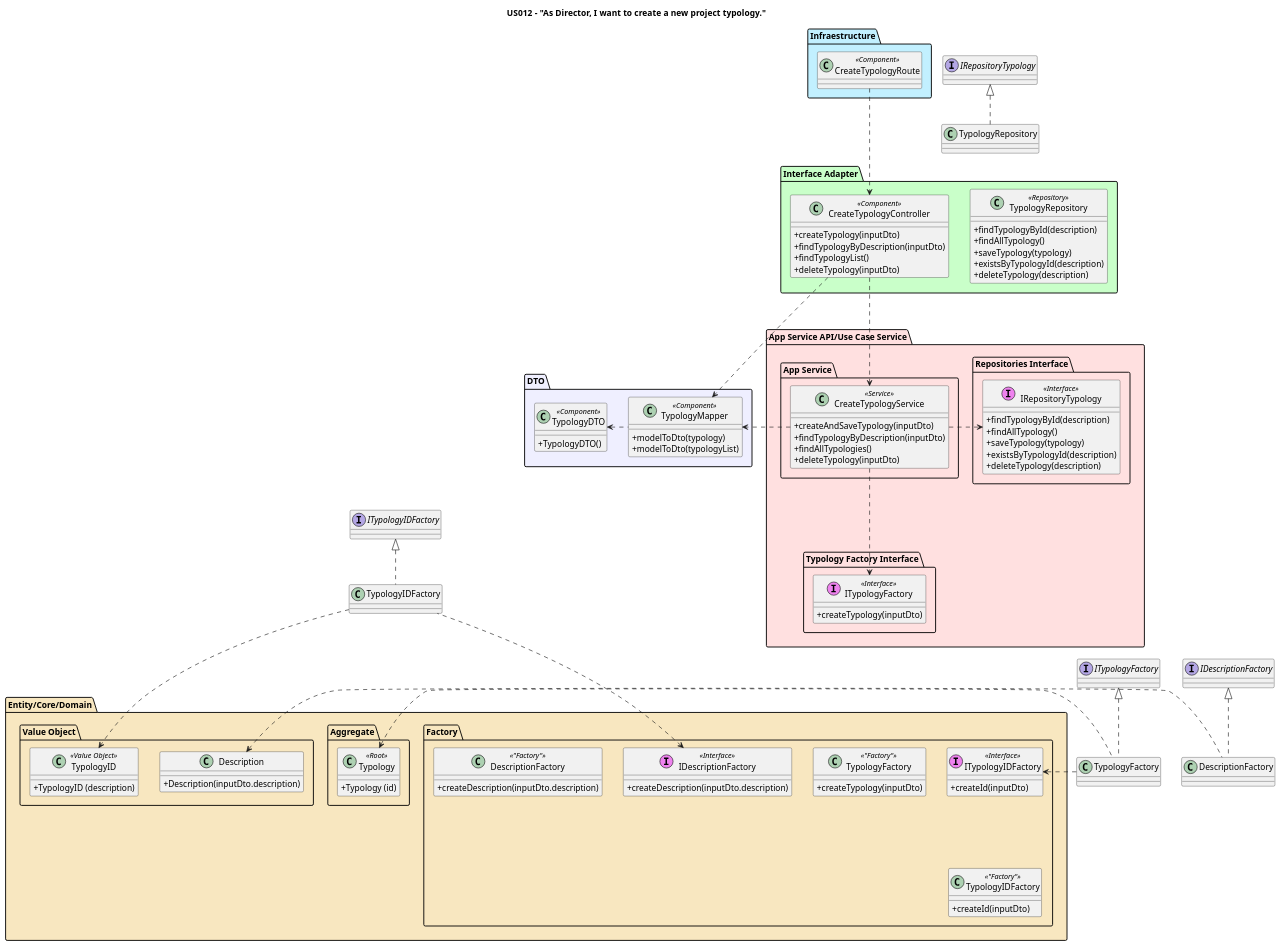
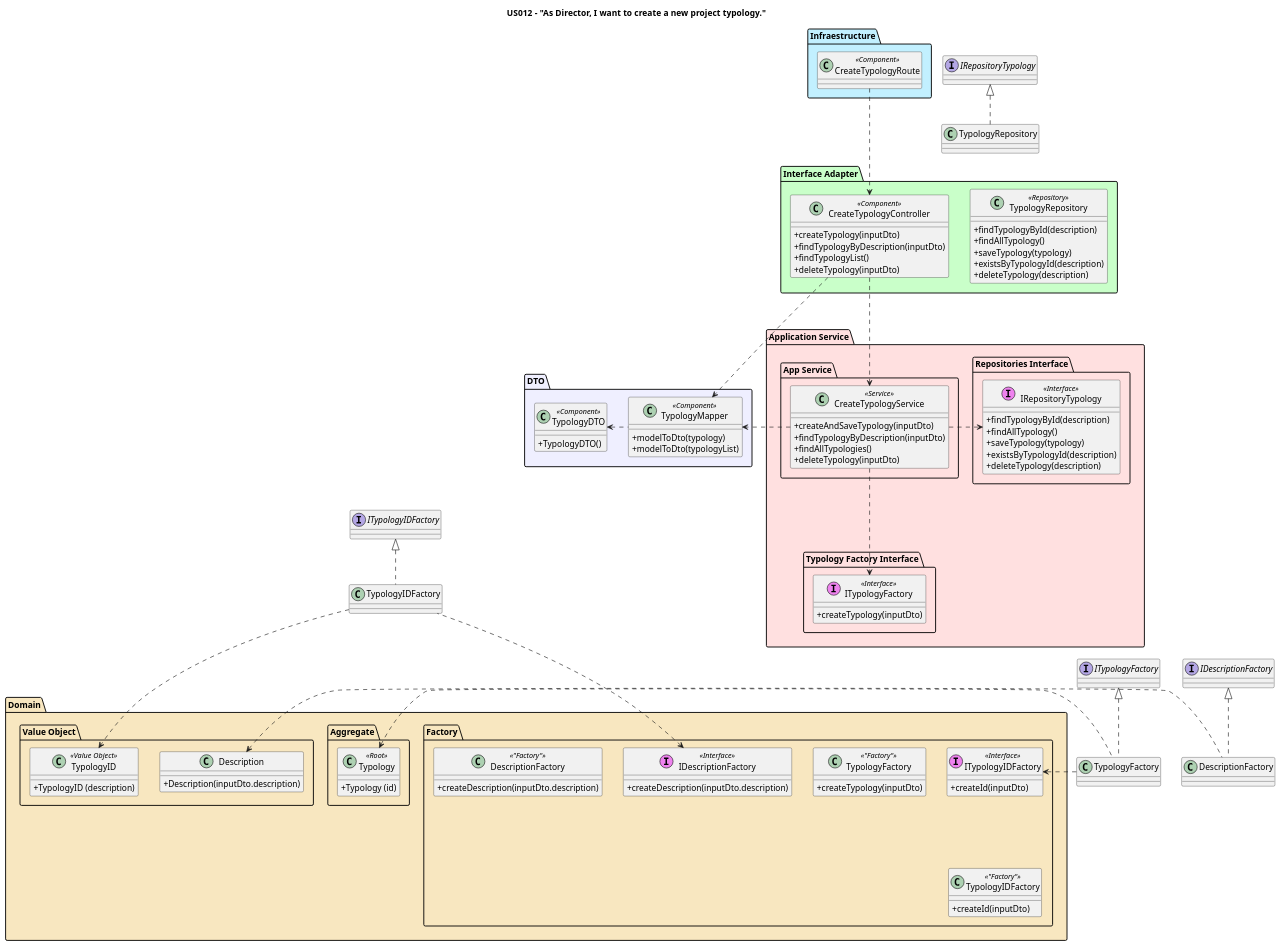
Before and after one commit to nunogon1211787/projectManagement: the diagram in docs/Sprint1/US012/US012-CD.puml, drawn with PlantUML.

Commit message:
US012: Refactoring Diagrams. (resolve #180)

```diff
--- a/docs/Sprint1/US012/US012-CD.puml
+++ b/docs/Sprint1/US012/US012-CD.puml
@@ -1,121 +1,121 @@
 @startuml
 
 skinparam classAttributeIconSize 0
 
 title US012 - "As Director, I want to create a new project typology."
 
 package "Infraestructure" #application {
     class CreateTypologyRoute <<Component>>{
     }
 }
 
 package "Interface Adapter" #technology {
     class CreateTypologyController <<Component>>{
     +createTypology(inputDto)
     +findTypologyByDescription(inputDto)
     +findTypologyList()
     +deleteTypology(inputDto)
     }
 
     class TypologyRepository <<Repository>>{
     +findTypologyById(description)
     +findAllTypology()
     +saveTypology(typology)
     +existsByTypologyId(description)
     +deleteTypology(description)
     }
 }
 
 package "DTO" #motivation {
     class TypologyDTO <<Component>> {
     +TypologyDTO()
     }
 
     class TypologyMapper <<Component>> {
     +modelToDto(typology)
     +modelToDto(typologyList)
     }
 }
 
-package "App Service API/Use Case Service" #implementation {
+package "Application Service" #implementation {
     package "App Service" {
         class CreateTypologyService <<Service>>{
         +createAndSaveTypology(inputDto)
         +findTypologyByDescription(inputDto)
         +findAllTypologies()
         +deleteTypology(inputDto)
         }
     }
     package "Repositories Interface" {
         class IRepositoryTypology <<(I, Violet) Interface>> {
             +findTypologyById(description)
             +findAllTypology()
             +saveTypology(typology)
             +existsByTypologyId(description)
             +deleteTypology(description)
         }
     }
     package "Typology Factory Interface" {
     class ITypologyFactory <<(I, Violet) Interface>> {
             +createTypology(inputDto)
             }
     }
 }
 
 
-package "Entity/Core/Domain" #strategy {
+package "Domain" #strategy {
     package "Factory" {
         class TypologyFactory <<"Factory">> {
         +createTypology(inputDto)
         }
 
         class TypologyIDFactory <<"Factory">> {
         +createId(inputDto)
         }
         class ITypologyIDFactory <<(I, Violet) Interface>> {
         +createId(inputDto)
         }
         class DescriptionFactory <<"Factory">> {
         +createDescription(inputDto.description)
         }
         class IDescriptionFactory <<(I, Violet) Interface>> {
         +createDescription(inputDto.description)
         }
     }
 
     package "Aggregate" {
         class Typology <<Root>>{
             +Typology (id)
         }
     }
     package "Value Object"  {
         class TypologyID <<Value Object>>{
         +TypologyID (description)
         }
         class Description {
         +Description(inputDto.description)
         }
     }
 }
 
 CreateTypologyRoute -down..> CreateTypologyController
 CreateTypologyController -down..> CreateTypologyService
 CreateTypologyController -right..> TypologyMapper
 CreateTypologyService -right..> TypologyMapper
 TypologyMapper -left..>TypologyDTO
 CreateTypologyService -right..> IRepositoryTypology
 CreateTypologyService -down..> ITypologyFactory
 TypologyFactory -up[hidden]..> ITypologyFactory
 class TypologyFactory implements ITypologyFactory
 TypologyFactory -left..> Typology
 IRepositoryTypology -up[hidden]..> TypologyRepository
 class TypologyRepository implements IRepositoryTypology
 TypologyFactory -right..> ITypologyIDFactory
 TypologyIDFactory -up[hidden]..> ITypologyIDFactory
 class TypologyIDFactory implements ITypologyIDFactory
 TypologyIDFactory -down..> TypologyID
 TypologyIDFactory -left..> IDescriptionFactory
 class DescriptionFactory implements IDescriptionFactory
 DescriptionFactory -left..> Description
 
 @enduml
```
